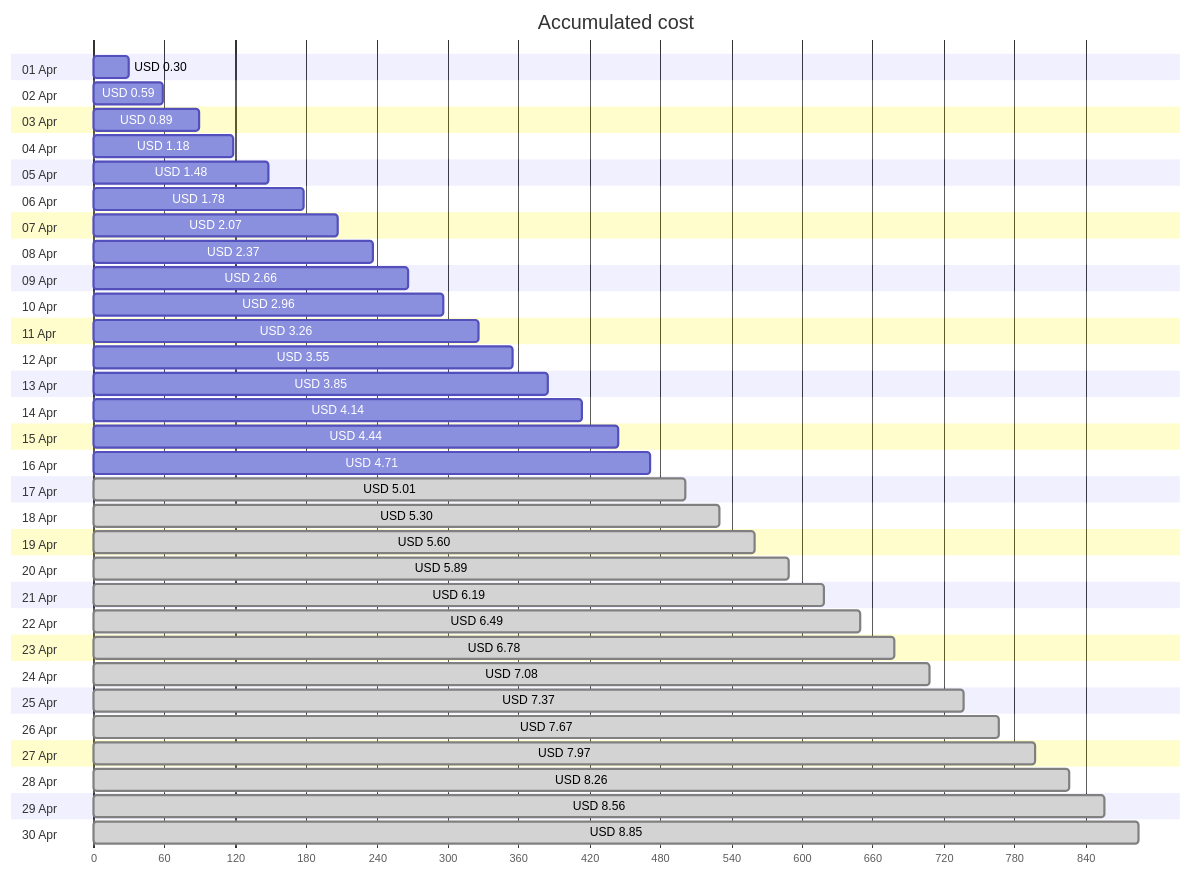
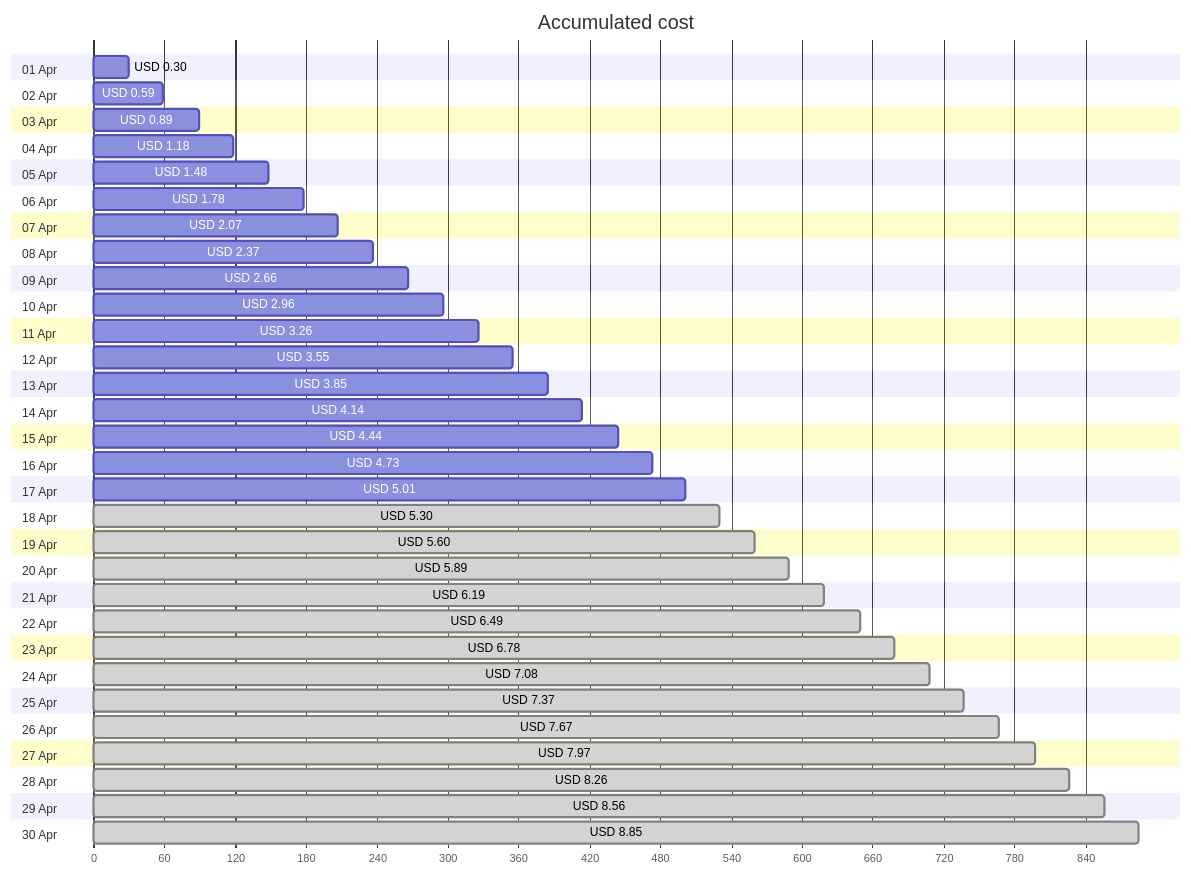
The first of 4 diagrams in cost-reports/personal-site/personal-site-preview.md (jpfulton/azure-personal-reports), drawn with Mermaid before and after one commit. The commit also changed other lines of this file and 6 other files, not shown here.

````diff
--- a/cost-reports/personal-site/personal-site-preview.md
+++ b/cost-reports/personal-site/personal-site-preview.md
@@ -20,66 +20,66 @@
 ```mermaid
 gantt
    title Accumulated cost
    dateFormat  X
    axisFormat %s
    section 01 Apr
    USD 0.30 :0, 30
    section 02 Apr
    USD 0.59 :0, 59
    section 03 Apr
    USD 0.89 :0, 89
    section 04 Apr
    USD 1.18 :0, 118
    section 05 Apr
    USD 1.48 :0, 148
    section 06 Apr
    USD 1.78 :0, 178
    section 07 Apr
    USD 2.07 :0, 207
    section 08 Apr
    USD 2.37 :0, 237
    section 09 Apr
    USD 2.66 :0, 266
    section 10 Apr
    USD 2.96 :0, 296
    section 11 Apr
    USD 3.26 :0, 326
    section 12 Apr
    USD 3.55 :0, 355
    section 13 Apr
    USD 3.85 :0, 385
    section 14 Apr
    USD 4.14 :0, 414
    section 15 Apr
    USD 4.44 :0, 444
    section 16 Apr
-   USD 4.71 :0, 471
+   USD 4.73 :0, 473
    section 17 Apr
-   USD 5.01 : done, 0, 501
+   USD 5.01 :0, 501
    section 18 Apr
    USD 5.30 : done, 0, 530
    section 19 Apr
    USD 5.60 : done, 0, 560
    section 20 Apr
    USD 5.89 : done, 0, 589
    section 21 Apr
    USD 6.19 : done, 0, 619
    section 22 Apr
    USD 6.49 : done, 0, 649
    section 23 Apr
    USD 6.78 : done, 0, 678
    section 24 Apr
    USD 7.08 : done, 0, 708
    section 25 Apr
    USD 7.37 : done, 0, 737
    section 26 Apr
    USD 7.67 : done, 0, 767
    section 27 Apr
    USD 7.97 : done, 0, 797
    section 28 Apr
    USD 8.26 : done, 0, 826
    section 29 Apr
    USD 8.56 : done, 0, 856
    section 30 Apr
    USD 8.85 : done, 0, 885
 ```
````
